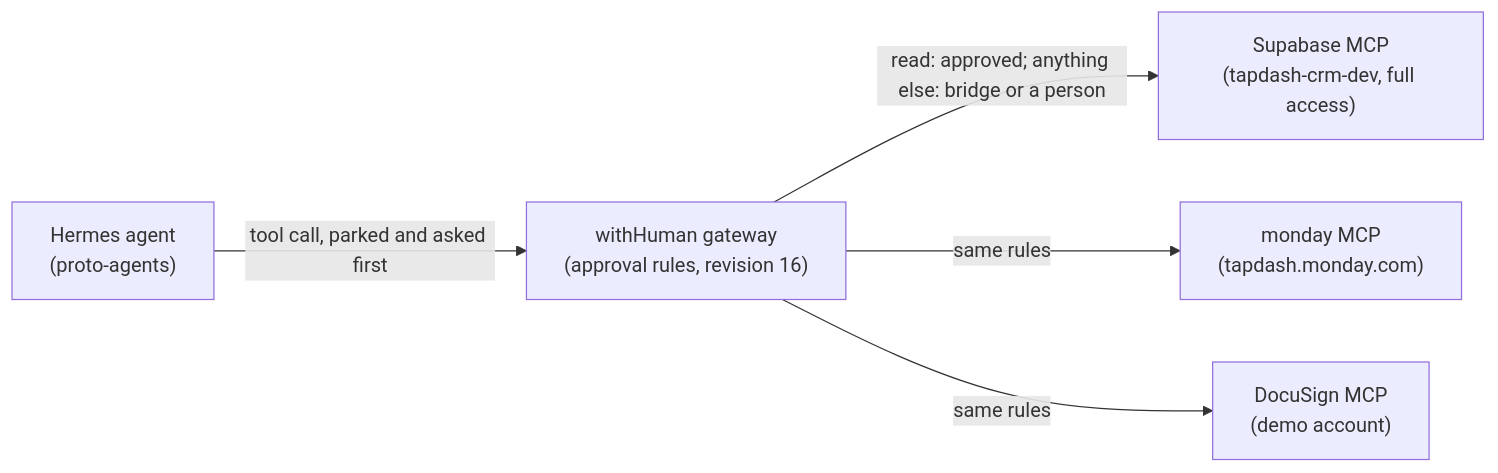
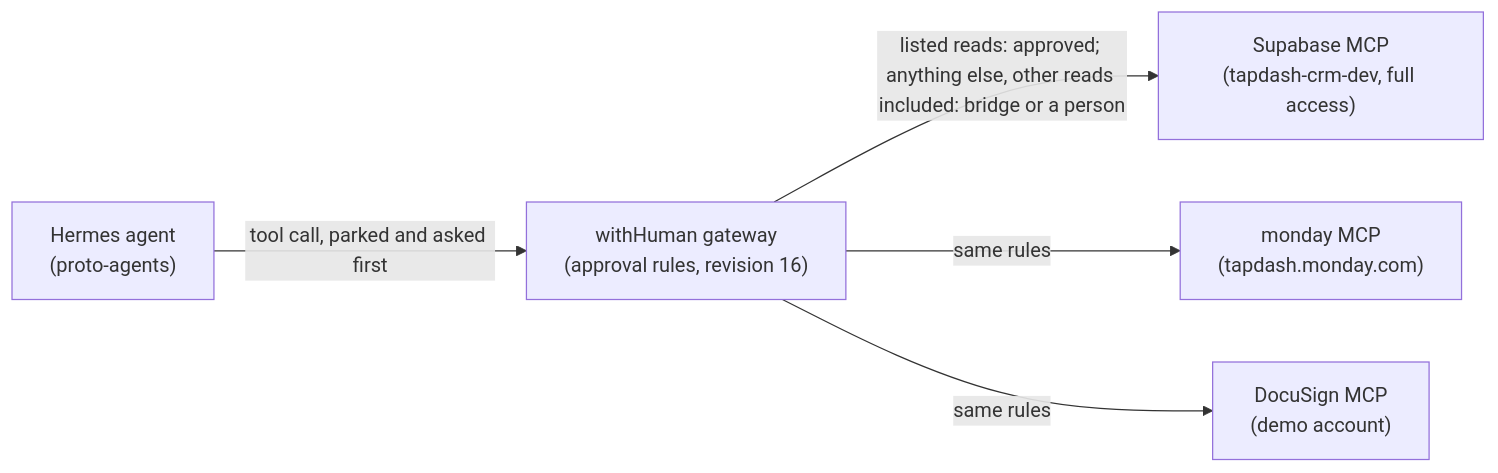
One commit to TapDashPayments/TapDash-Agents changed the third of 4 diagrams in durable-park/docs/gateway-setup.md. Above: the diagram before and after it, drawn with Mermaid.

Commit message:
Docs: Supabase diagram label: only listed reads are approved (CodeRabbit)
Claude-Session: https://claude.ai/code/session_01YXjMg8peqagB8RVNdfcws5

````diff
--- a/durable-park/docs/gateway-setup.md
+++ b/durable-park/docs/gateway-setup.md
@@ -172,7 +172,7 @@
 ```mermaid
 flowchart LR
   agent["Hermes agent<br/>(proto-agents)"] -->|"tool call, parked and asked first"| wh["withHuman gateway<br/>(approval rules, revision 16)"]
-  wh -->|"read: approved; anything else: bridge or a person"| sb["Supabase MCP<br/>(tapdash-crm-dev, full access)"]
+  wh -->|"listed reads: approved; anything else, other reads included: bridge or a person"| sb["Supabase MCP<br/>(tapdash-crm-dev, full access)"]
   wh -->|"same rules"| mo["monday MCP<br/>(tapdash.monday.com)"]
   wh -->|"same rules"| ds["DocuSign MCP<br/>(demo account)"]
 ```
````
